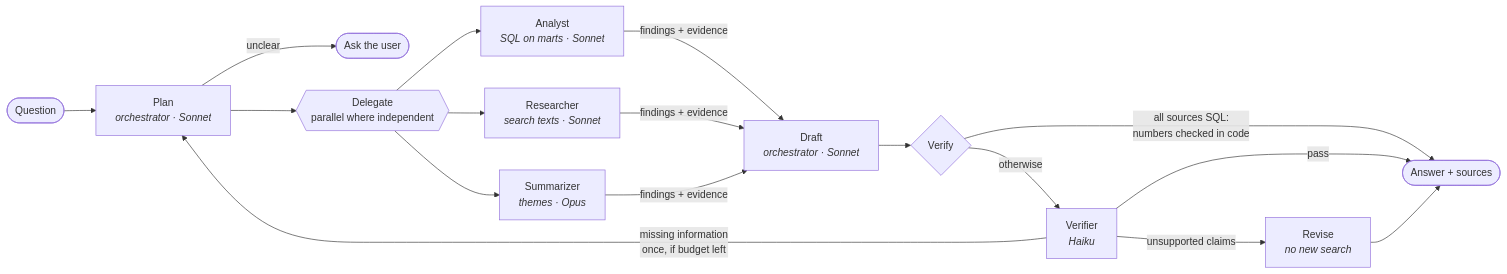
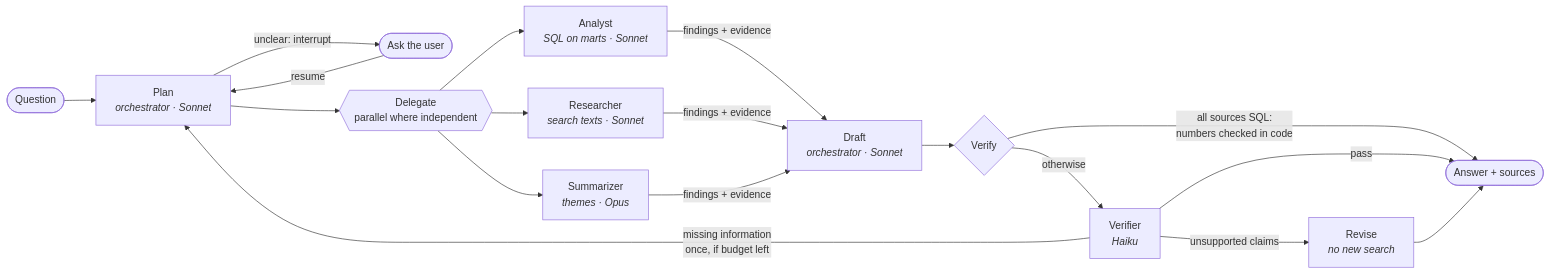
Before and after one commit to ChenPortsia/knesset_analyst_agent: the first of 2 diagrams in docs/architecture.md, drawn with Mermaid. The commit also changed other lines of this file and 14 other files, not shown here.

````diff
--- a/docs/architecture.md
+++ b/docs/architecture.md
@@ -9,16 +9,16 @@
 ```mermaid
 flowchart LR
     Q([Question]) --> P[Plan<br/><i>orchestrator · Sonnet</i>]
-    P -->|unclear| C([Ask the user])
+    P -->|unclear: interrupt| C([Ask the user]) -->|resume| P
     P --> D{{Delegate<br/>parallel where independent}}
     D --> A[Analyst<br/><i>SQL on marts · Sonnet</i>]
     D --> R[Researcher<br/><i>search texts · Sonnet</i>]
     D --> S[Summarizer<br/><i>themes · Opus</i>]
     A & R & S -->|findings + evidence| W[Draft<br/><i>orchestrator · Sonnet</i>]
     W --> V{Verify}
     V -->|all sources SQL:<br/>numbers checked in code| F([Answer + sources])
     V -->|otherwise| H[Verifier<br/><i>Haiku</i>]
     H -->|pass| F
     H -->|unsupported claims| RV[Revise<br/><i>no new search</i>] --> F
     H -->|missing information<br/>once, if budget left| P
 ```
````
